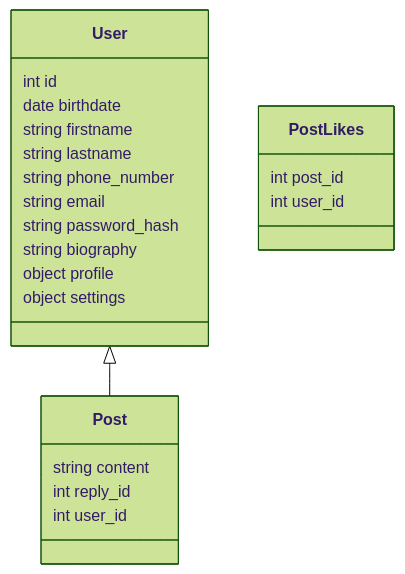
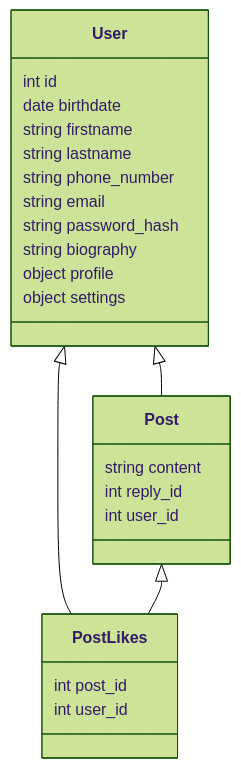
Before and after one commit to fairfield-programming/general-backend: the diagram in readme.md, drawn with Mermaid (forest theme).

Commit message:
Changed Relationships

````diff
--- a/readme.md
+++ b/readme.md
@@ -13,29 +13,31 @@
 ```mermaid
 
 classDiagram
     User <|-- Post
+    User <|-- PostLikes
+    Post <|-- PostLikes
 
     User : int id
     User : date birthdate
     User : string firstname
     User : string lastname
     User : string phone_number
     User : string email
     User : string password_hash
     User : string biography
 
     User : object profile
     User : object settings
 
     class Post {
       string content
       int reply_id
       int user_id
     }
 
     class PostLikes {
         int post_id
         int user_id
     }
 
 ```
````
